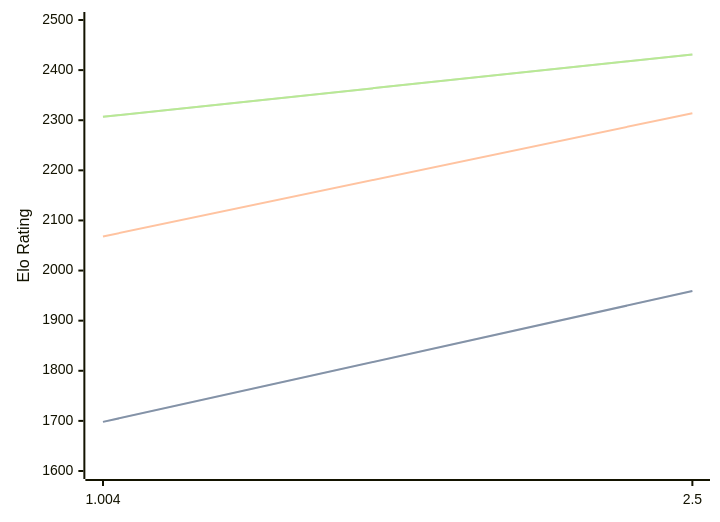
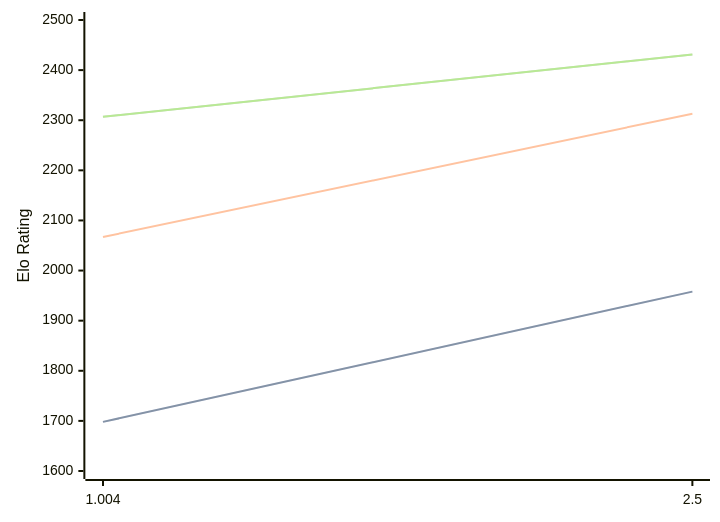
The first of 3 diagrams in engines/Ares.md (computer-chess-index/cci), drawn with Mermaid before and after one commit. The commit also changed other lines of this file, not shown here.

````diff
--- a/engines/Ares.md
+++ b/engines/Ares.md
@@ -32,11 +32,11 @@
 ```mermaid
 %%{init: {"theme":"base","themeVariables":{"seriesColors:['#a3a3a3','#222221','#faa371']}}}%%
 xychart-beta
   x-axis ["1.004", "2.5"]
   y-axis "Elo Rating" 1600 --> 2500
-  line "STC (8.0+0.08s)" [1698, 1959]
-  line "STC (8.0+0.08s)" [1698, 1959]
-  line "LTC (60.0+0.60s)" [2068, 2314]
+  line "STC (8.0+0.08s)" [1698, 1958]
+  line "STC (8.0+0.08s)" [1698, 1958]
+  line "LTC (60.0+0.60s)" [2067, 2313]
   line "VLTC (2m24s+1.12s)" [2307, 2431]
   line "VLTC (2m24s+1.12s)" [2307, 2431]
 ```
````
